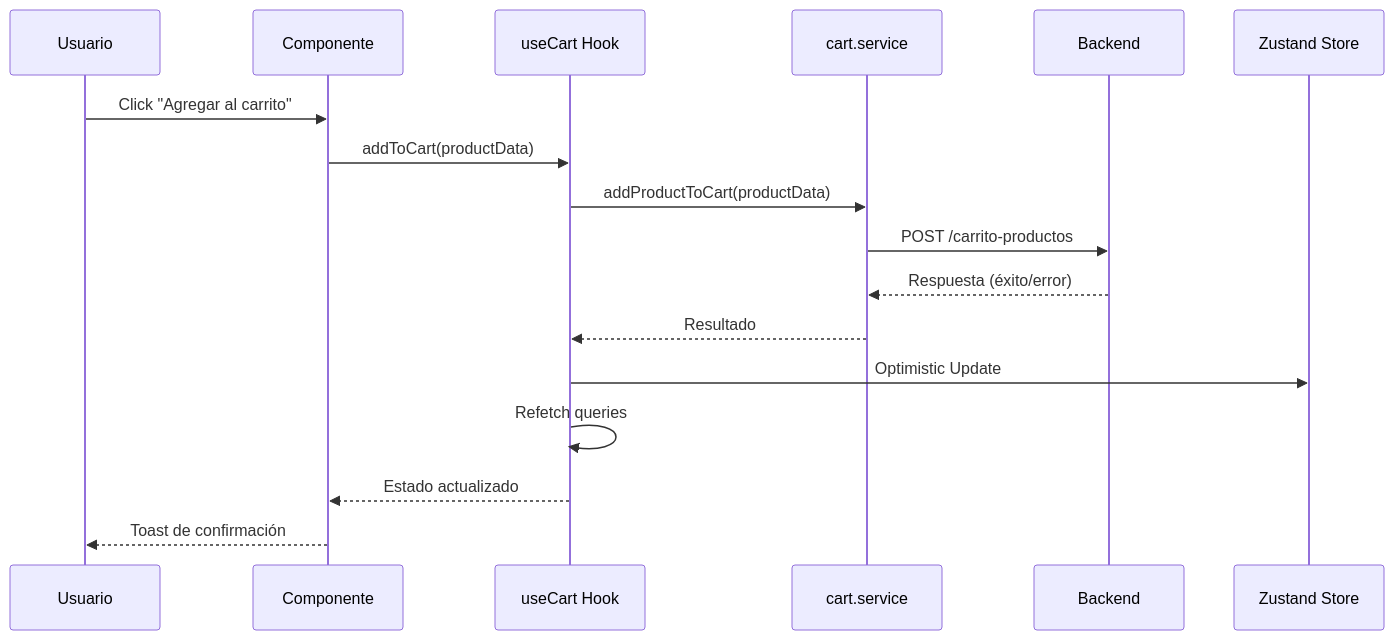
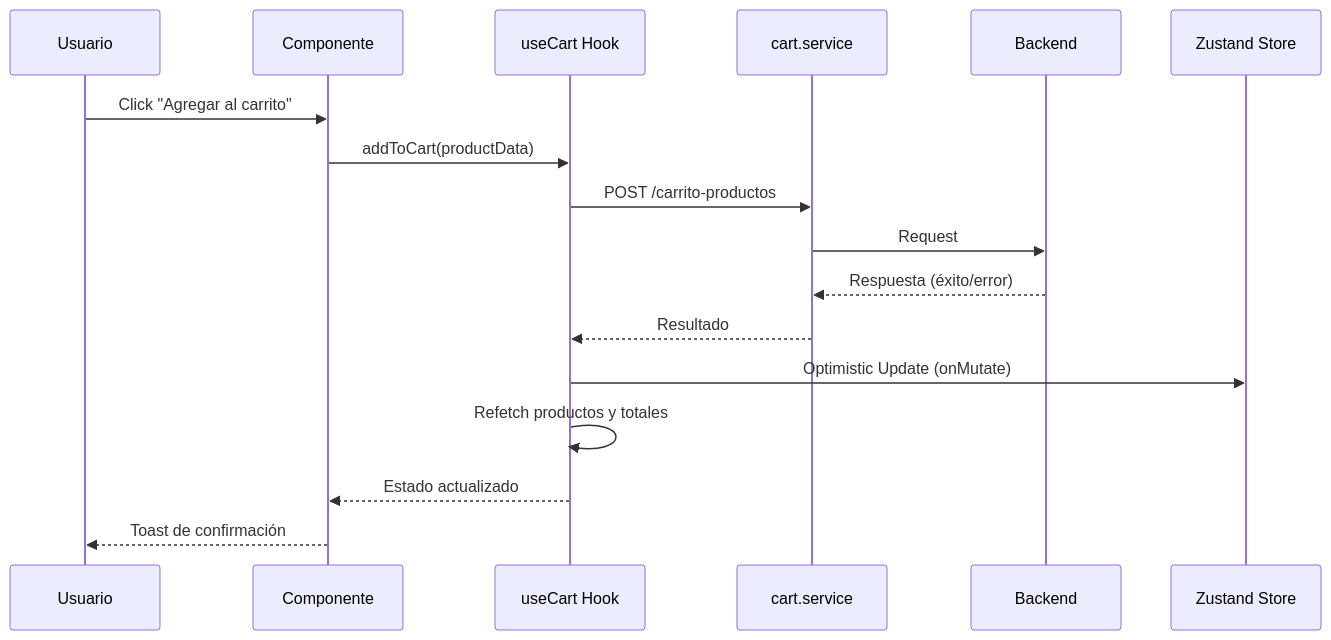
One commit to Revital-Cloud/compralo changed the first of 3 diagrams in frontend/Docs/CART_INTEGRATION_GUIDE.md. Above: the diagram before and after it, drawn with Mermaid. The commit also changed other lines of this file and 1 other file, not shown here.

First line of the commit message:
feat: enhance CART_INTEGRATION_GUIDE with detailed implementation overview

````diff
--- a/frontend/Docs/CART_INTEGRATION_GUIDE.md
+++ b/frontend/Docs/CART_INTEGRATION_GUIDE.md
@@ -99,20 +108,20 @@
 ```mermaid
 sequenceDiagram
     participant U as Usuario
     participant C as Componente
     participant H as useCart Hook
     participant S as cart.service
     participant B as Backend
     participant Z as Zustand Store
 
     U->>C: Click "Agregar al carrito"
     C->>H: addToCart(productData)
-    H->>S: addProductToCart(productData)
-    S->>B: POST /carrito-productos
+    H->>S: POST /carrito-productos
+    S->>B: Request
     B-->>S: Respuesta (éxito/error)
     S-->>H: Resultado
-    H->>Z: Optimistic Update
-    H->>H: Refetch queries
+    H->>Z: Optimistic Update (onMutate)
+    H->>H: Refetch productos y totales
     H-->>C: Estado actualizado
     C-->>U: Toast de confirmación
 ```
````
